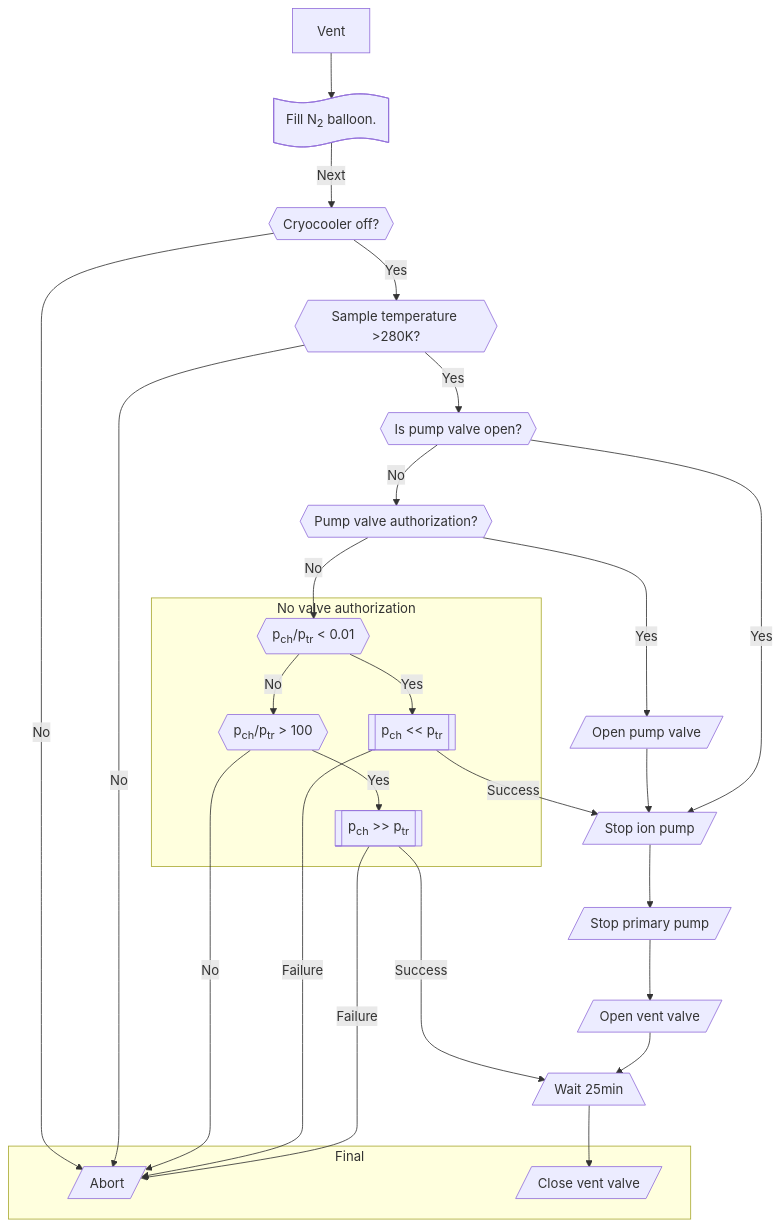
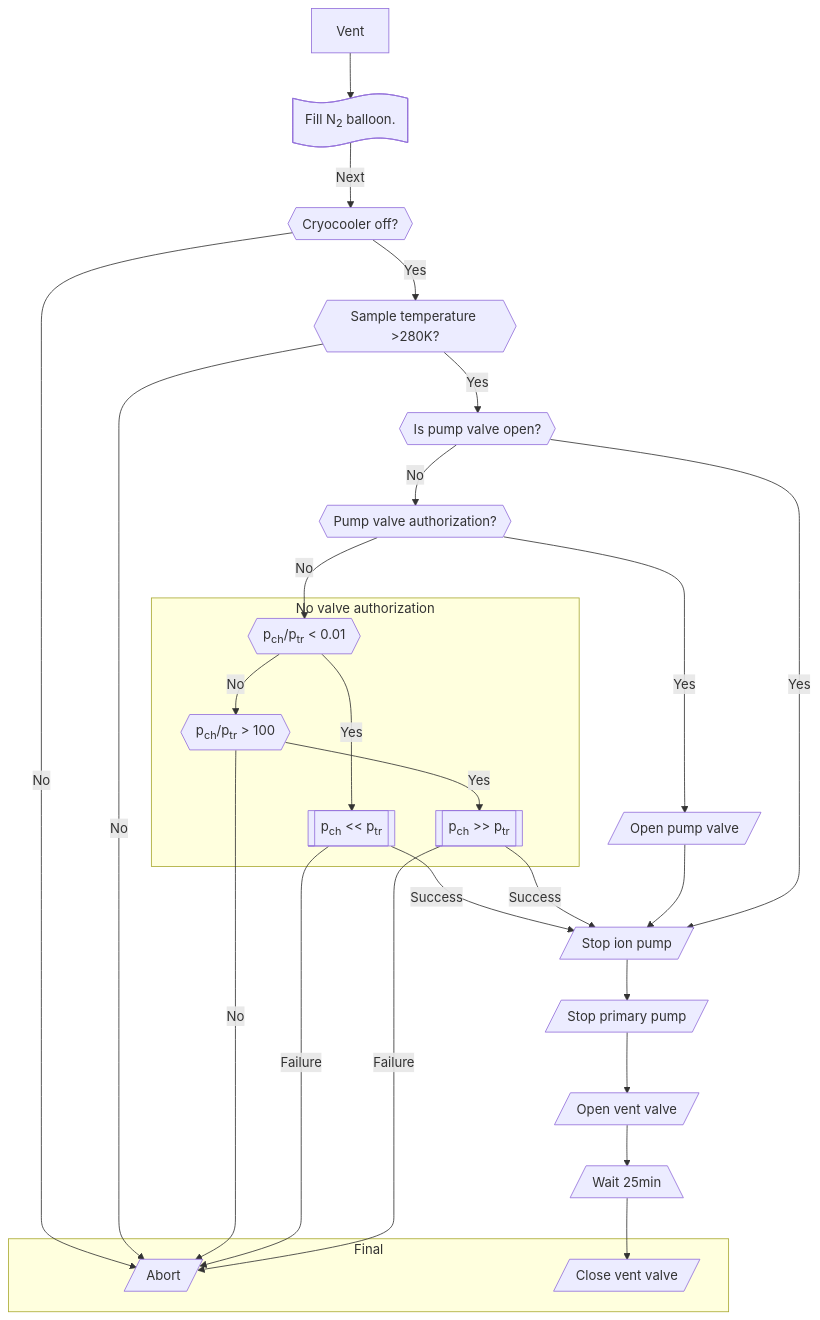
Before and after one commit to parkourlrc/pcb-trappitsch--cryostorage-42fec10e6a: the seventh of 11 diagrams in docs/src/workflows.md, drawn with Mermaid. The commit also changed other lines of this file and 5 other files, not shown here.

````diff
--- a/docs/src/workflows.md
+++ b/docs/src/workflows.md
@@ -155,39 +155,40 @@
 ```mermaid
   flowchart TD
     T[Vent] --> 
     N2Not@{ shape: paper-tape, label: "Fill N<sub>2</sub> balloon."} -->|Next| CC
     CC{{Cryocooler off?}}
     CC -->|No| Err
     CC -->|Yes| TSmp
     TSmp{{Sample temperature >280K? }}
     TSmp -->|No| Err
     TSmp -->|Yes| IsOP
     IsOP{{Is pump valve open?}} -->|No| OPAuth
     OPAuth{{Pump valve authorization?}}
     OPAuth -->|Yes| OP
     OPAuth -->|No| PCL
+    PCLW-->|Success| StIP
+    PCHW -->|Success| StIP
     OP[/Open pump valve/]
     OP --> StIP
     IsOP -->|Yes| StIP
-    PCHW -->|Success| VVT
     StIP[/Stop ion pump/] --> StPP
     StPP[/Stop primary pump/] --> OVV
     OVV[/Open vent valve/] --> VVT
     VVT[/Wait 25min\] --> CVV
     subgraph Level3 [Final]
     CVV[/Close vent valve/]
     Err[/Abort/]
     end
     subgraph Level2 [No valve authorization]
     %% Branch where pch >> ptr
     PCL -->|No| PCH{{p<sub>ch</sub>/p<sub>tr</sub> > 100}} 
     PCH -->|No| Err
     PCH -->|Yes| PCHW
     PCHW[[p<sub>ch</sub> >> p<sub>tr</sub>]]
     %% Branch where pch << ptr
     PCL{{p<sub>ch</sub>/p<sub>tr</sub> < 0.01}} -->|Yes| PCLW
     end
     PCLW -->|Failure| Err
-    PCLW[[p<sub>ch</sub> << p<sub>tr</sub>]] -->|Success| StIP
+    PCLW[[p<sub>ch</sub> << p<sub>tr</sub>]] 
     PCHW -->|Failure| Err
 ```
````
